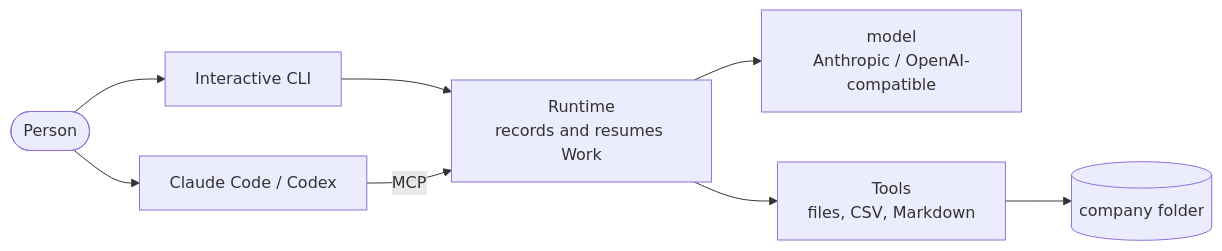
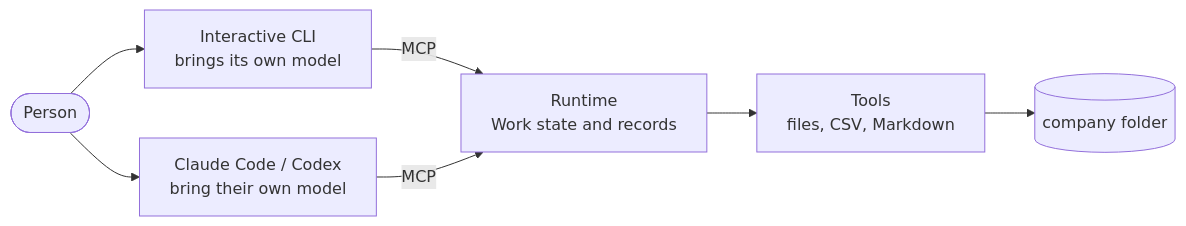
One commit to openshain/openshain changed the diagram in README.en.md. Above: the diagram before and after it, drawn with Mermaid. The commit also changed other lines of this file and 26 other files, not shown here.

````diff
--- a/README.en.md
+++ b/README.en.md
@@ -110,10 +110,9 @@
 ```mermaid
 flowchart LR
-  P([Person]) --> CLI[Interactive CLI]
-  P --> CC[Claude Code / Codex]
-  CLI --> R[Runtime<br>records and resumes Work]
+  P([Person]) --> CLI[Interactive CLI<br>brings its own model]
+  P --> CC[Claude Code / Codex<br>bring their own model]
+  CLI -- MCP --> R[Runtime<br>Work state and records]
   CC -- MCP --> R
-  R --> M[model<br>Anthropic / OpenAI-compatible]
   R --> T[Tools<br>files, CSV, Markdown]
   T --> F[(company folder)]
 ```
````
